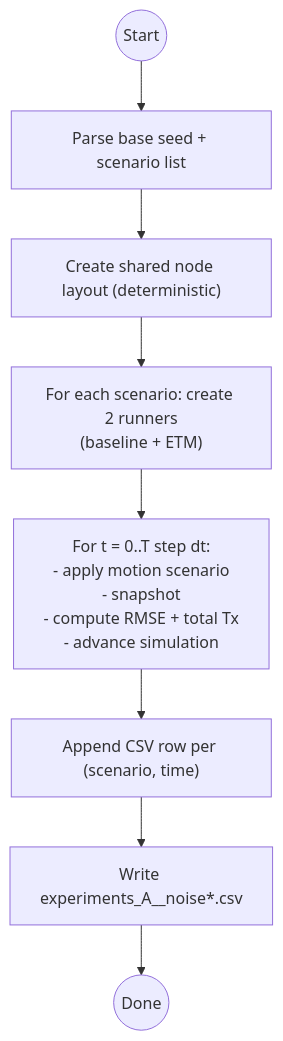
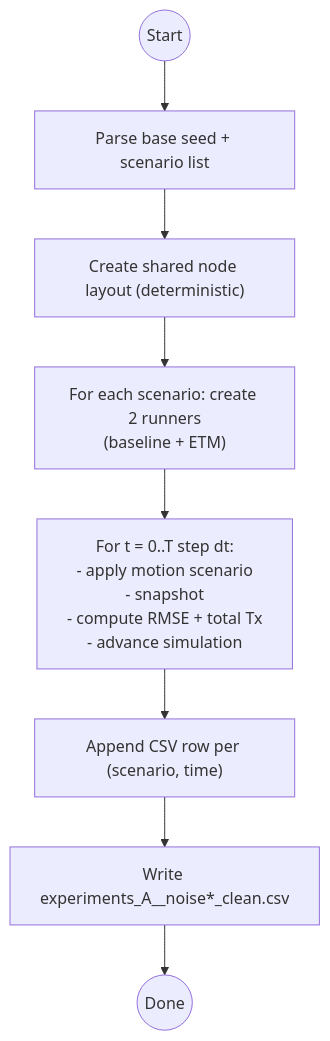
The first of 5 diagrams in src/experiments/README.md (ChickenSalsahub/ICUM-SIM), drawn with Mermaid before and after one commit. The commit also changed other lines of this file and 23 other files, not shown here.

````diff
--- a/src/experiments/README.md
+++ b/src/experiments/README.md
@@ -71,10 +78,10 @@
 ```mermaid
 flowchart TD
   A0(("Start")) --> A1["Parse base seed + scenario list"]
   A1 --> A2["Create shared node layout (deterministic)"]
   A2 --> A3["For each scenario: create 2 runners\n(baseline + ETM)"]
   A3 --> A4["For t = 0..T step dt:\n- apply motion scenario\n- snapshot\n- compute RMSE + total Tx\n- advance simulation"]
   A4 --> A5["Append CSV row per (scenario, time)"]
-  A5 --> A6["Write experiments_A_<scenario>_noise*.csv"]
+  A5 --> A6["Write experiments_A_<scenario>_noise*_clean.csv"]
   A6 --> A7(("Done"))
 ```
````
